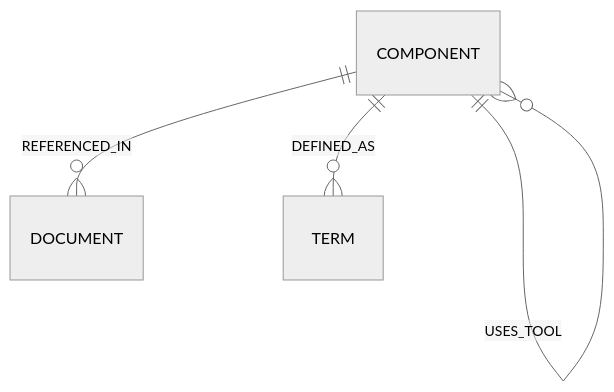
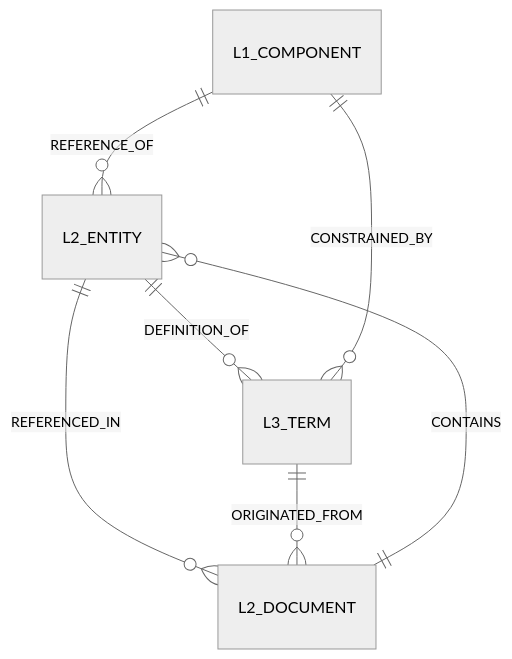
The third of 3 diagrams in README.md (01Rit/EVB_KG_LLM), drawn with Mermaid (neutral theme) before and after one commit. The commit also changed other lines of this file and 1 other file, not shown here.

First line of the commit message:
V1.0: Add three-layer knowledge graph cross-layer connections

````diff
--- a/README.md
+++ b/README.md
@@ -152,7 +152,9 @@
 ```mermaid
 erDiagram
-    COMPONENT ||--o{ DOCUMENT : REFERENCED_IN
-    COMPONENT ||--o{ TERM : DEFINED_AS
-    COMPONENT ||--o{ COMPONENT : PRECEDES
-    COMPONENT ||--o{ COMPONENT : USES_TOOL
+    L1_COMPONENT ||--o{ L2_ENTITY : REFERENCE_OF
+    L2_ENTITY ||--o{ L3_TERM : DEFINITION_OF
+    L1_COMPONENT ||--o{ L3_TERM : CONSTRAINED_BY
+    L2_DOCUMENT ||--o{ L2_ENTITY : CONTAINS
+    L2_ENTITY ||--o{ L2_DOCUMENT : REFERENCED_IN
+    L3_TERM ||--o{ L2_DOCUMENT : ORIGINATED_FROM
 ```
````
